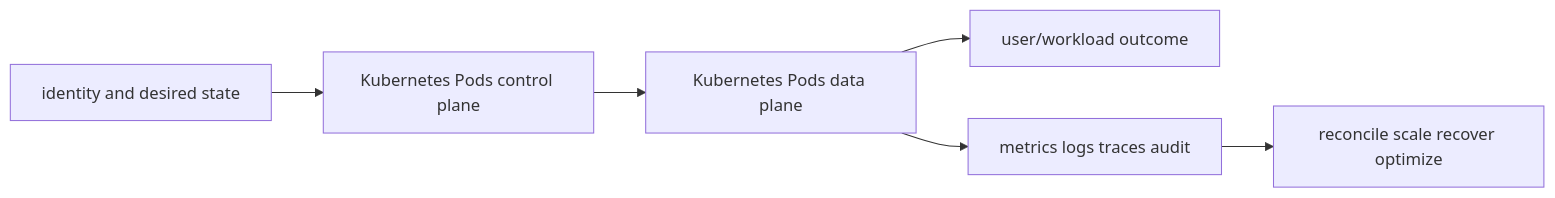
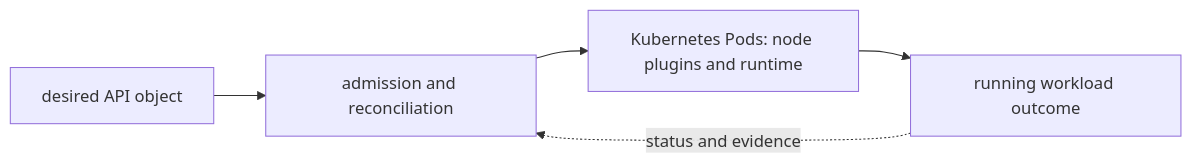
The diagram in 06-kubernetes/02-workloads/01-pods/README.md (tomkidumbuyo/DevOps-interview-preparation), drawn with Mermaid before and after one commit. The commit also changed other lines of this file and 753 other files, not shown here.

````diff
--- a/06-kubernetes/02-workloads/01-pods/README.md
+++ b/06-kubernetes/02-workloads/01-pods/README.md
@@ -19,8 +31,7 @@
 ```mermaid
 flowchart LR
-  I[identity and desired state] --> C[Kubernetes Pods control plane]
-  C --> D[Kubernetes Pods data plane]
-  D --> U[user/workload outcome]
-  D --> O[metrics logs traces audit]
-  O --> R[reconcile scale recover optimize]
+  A["desired API object"] --> B["admission and reconciliation"]
+  B --> C["Kubernetes Pods: node plugins and runtime"]
+  C --> D["running workload outcome"]
+  D -. "status and evidence" .-> B
 ```
````
